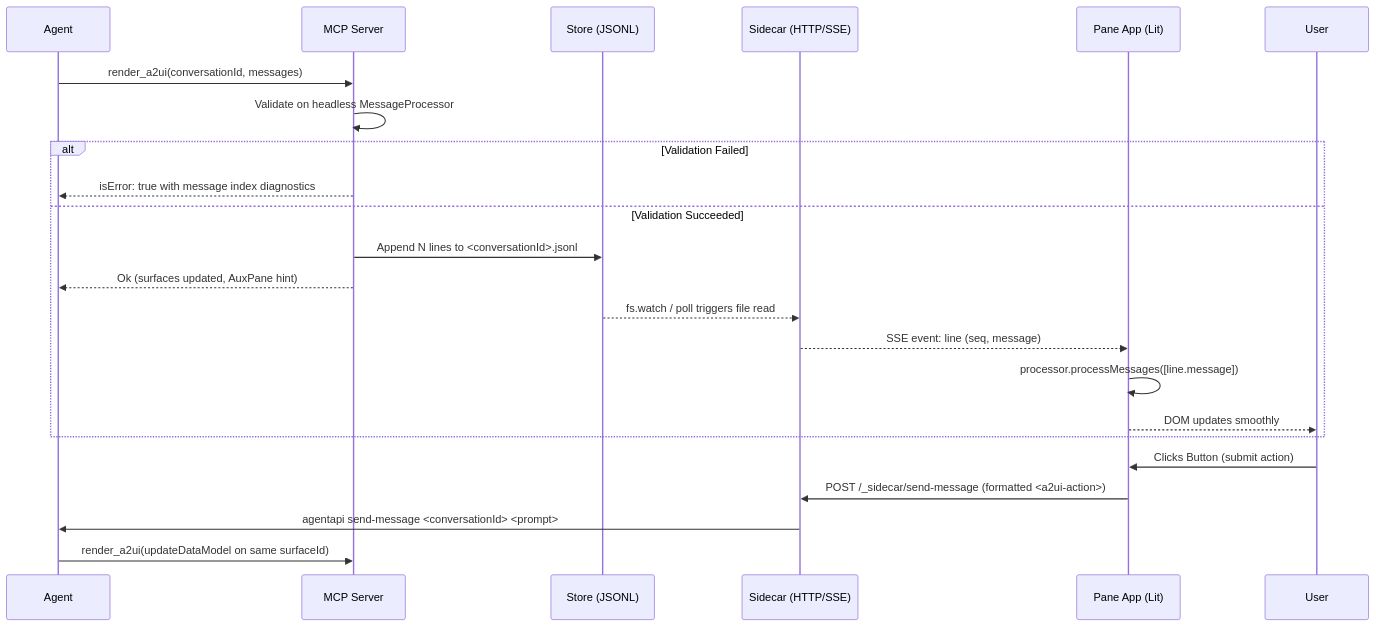
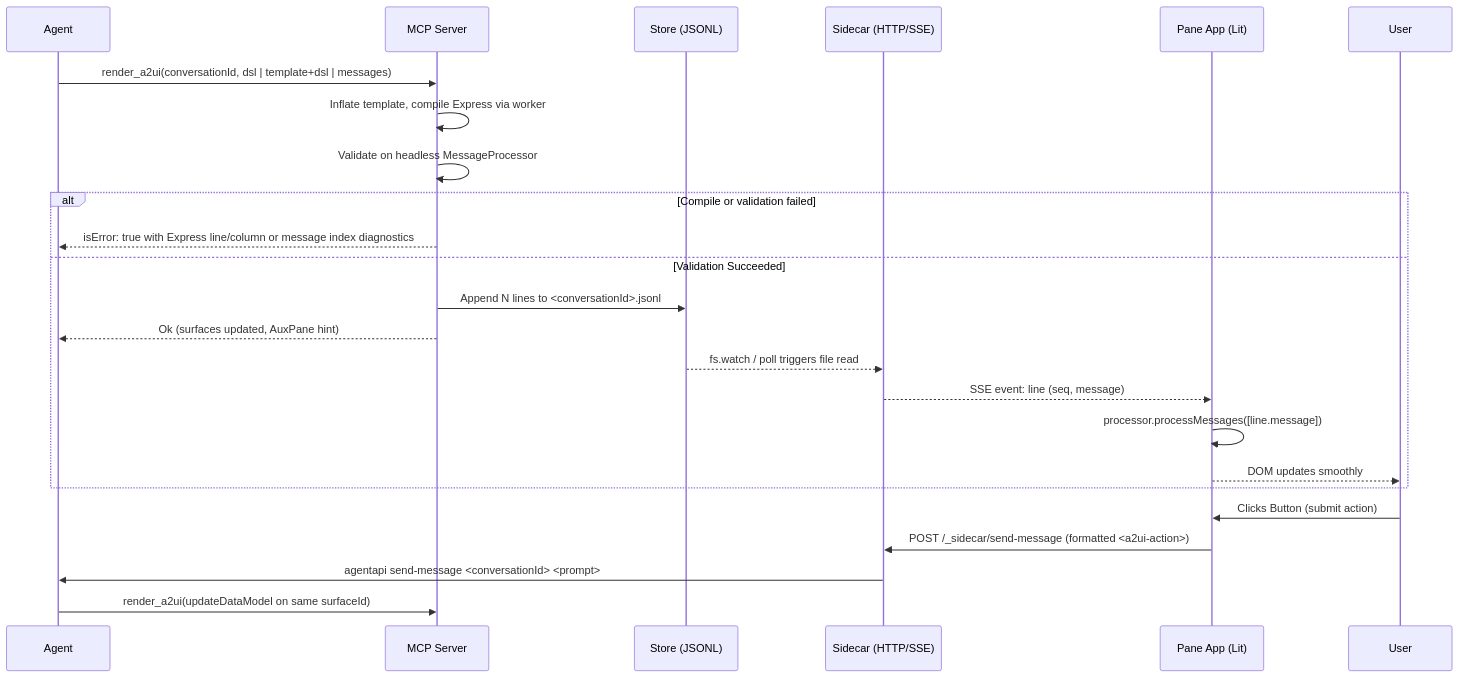
One commit to gspencergoog/a2ui-pane changed the second of 2 diagrams in docs/design.md. Above: the diagram before and after it, drawn with Mermaid. The commit also changed other lines of this file and 7 other files, not shown here.

````diff
--- a/docs/design.md
+++ b/docs/design.md
@@ -64,27 +69,28 @@
 ```mermaid
 sequenceDiagram
     participant A as Agent
     participant M as MCP Server
     participant S as Store (JSONL)
     participant C as Sidecar (HTTP/SSE)
     participant P as Pane App (Lit)
     participant U as User
 
-    A->>M: render_a2ui(conversationId, messages)
+    A->>M: render_a2ui(conversationId, dsl | template+dsl | messages)
+    M->>M: Inflate template, compile Express via worker
     M->>M: Validate on headless MessageProcessor
-    alt Validation Failed
-      M-->>A: isError: true with message index diagnostics
+    alt Compile or validation failed
+      M-->>A: isError: true with Express line/column or message index diagnostics
     else Validation Succeeded
       M->>S: Append N lines to <conversationId>.jsonl
       M-->>A: Ok (surfaces updated, AuxPane hint)
       S-->>C: fs.watch / poll triggers file read
       C-->>P: SSE event: line (seq, message)
       P->>P: processor.processMessages([line.message])
       P-->>U: DOM updates smoothly
     end
 
     U->>P: Clicks Button (submit action)
     P->>C: POST /_sidecar/send-message (formatted <a2ui-action>)
     C->>A: agentapi send-message <conversationId> <prompt>
     A->>M: render_a2ui(updateDataModel on same surfaceId)
 ```
````
